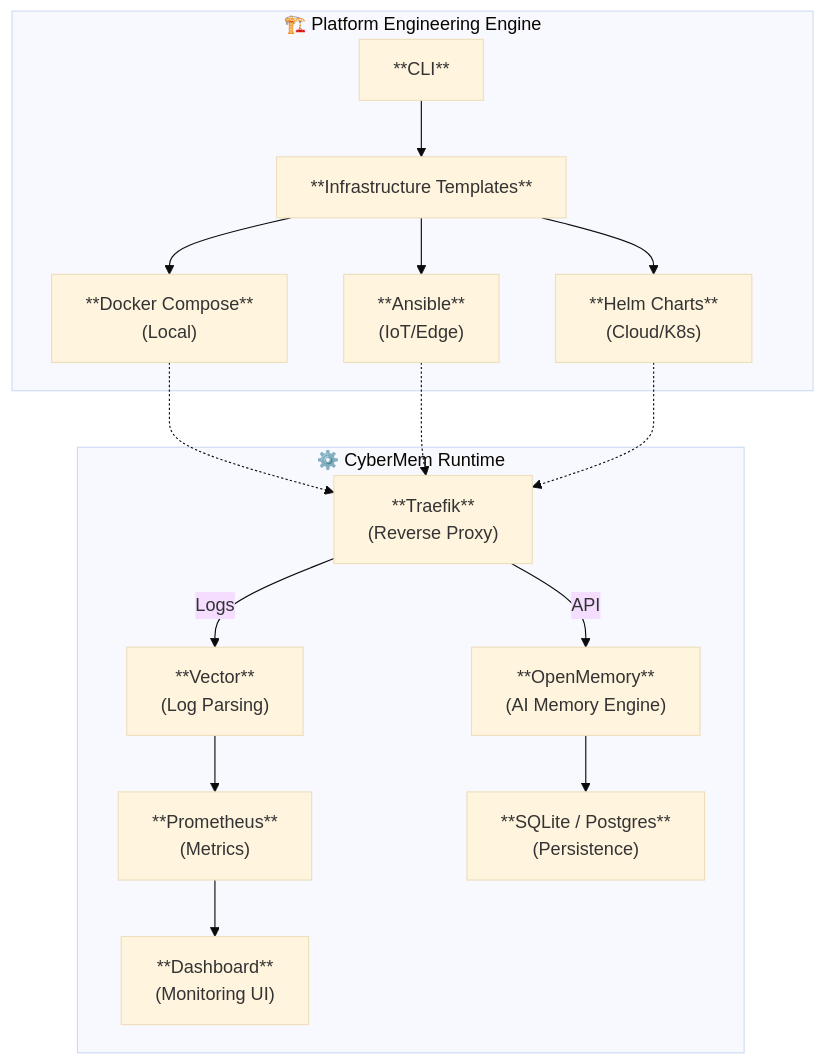
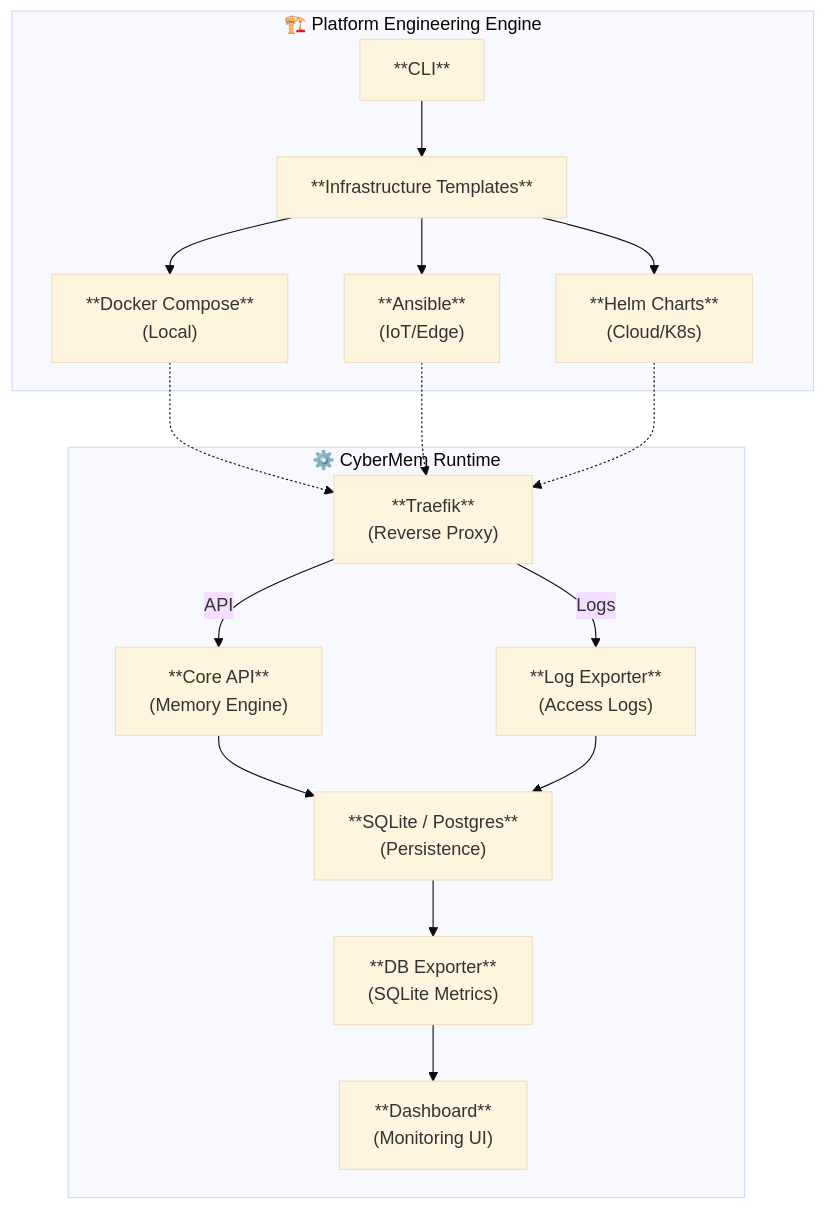
One commit to mikhailkogan17/cybermem changed the diagram in README.md. Above: the diagram before and after it, drawn with Mermaid. The commit also changed other lines of this file and 21 other files, not shown here.

````diff
--- a/README.md
+++ b/README.md
@@ -62,41 +63,42 @@
 ```mermaid
 ---
 config:
   theme: base
   wrappingWidth: 290
   fontSize: 11
 ---
 graph TD
     subgraph Gen["🏗️ Platform Engineering Engine"]
         CLI["**CLI**"]
         Templates["**Infrastructure Templates**"]
         CLI --> Templates
-        
+
         Compose["**Docker Compose**<br/>(Local)"]
         Ansible["**Ansible**<br/>(IoT/Edge)"]
         Helm["**Helm Charts**<br/>(Cloud/K8s)"]
-        
+
         Templates --> Compose
         Templates --> Ansible
         Templates --> Helm
     end
 
     subgraph Runtime["⚙️ CyberMem Runtime"]
         Traefik["**Traefik**<br/>(Reverse Proxy)"]
-        Vector["**Vector**<br/>(Log Parsing)"]
-        Prom["**Prometheus**<br/>(Metrics)"]
+        LE["**Log Exporter**<br/>(Access Logs)"]
+        DBE["**DB Exporter**<br/>(SQLite Metrics)"]
         Dash["**Dashboard**<br/>(Monitoring UI)"]
-        OM["**OpenMemory**<br/>(AI Memory Engine)"]
+        OM["**Core API**<br/>(Memory Engine)"]
         DB["**SQLite / Postgres**<br/>(Persistence)"]
-        
-        Traefik -->|Logs| Vector
+
+        Traefik -->|Logs| LE
         Traefik -->|API| OM
         OM --> DB
-        Vector --> Prom
-        Prom --> Dash
+        LE --> DB
+        DB --> DBE
+        DBE --> Dash
     end
 
     Compose -.-> Traefik
     Ansible -.-> Traefik
     Helm -.-> Traefik
 ```
````
